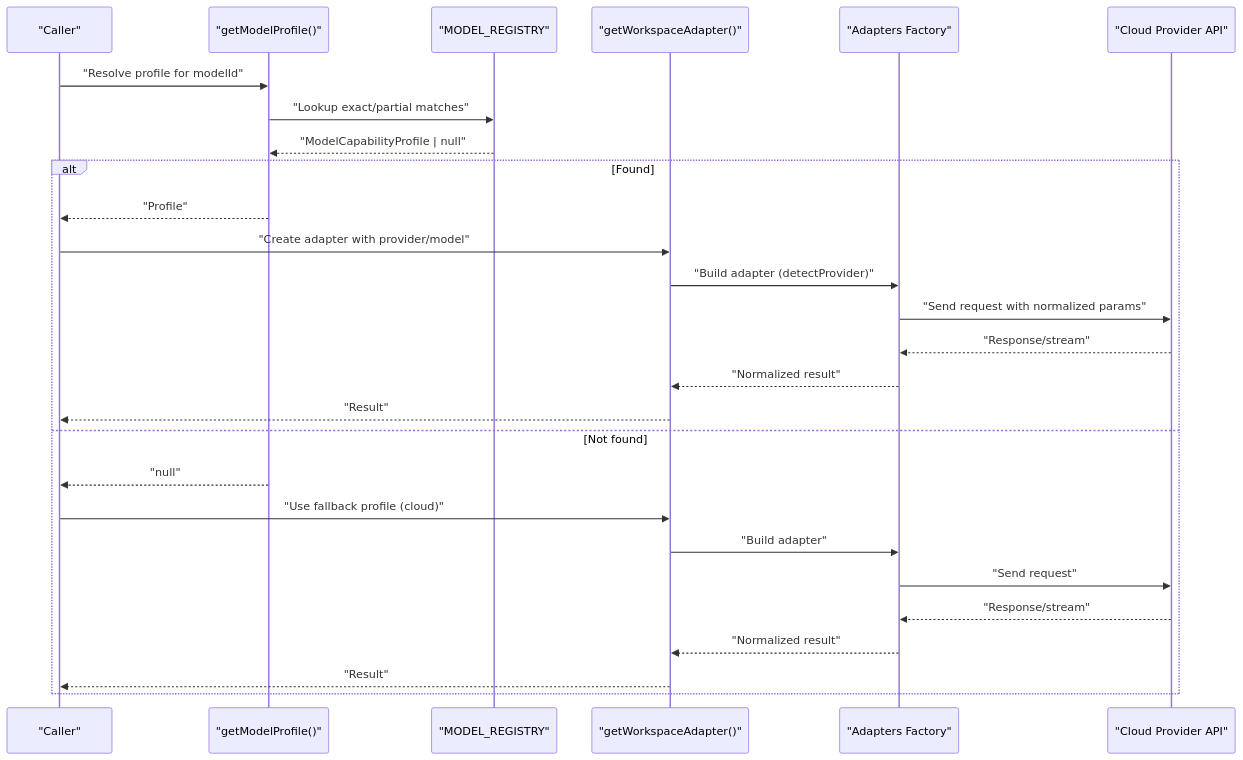
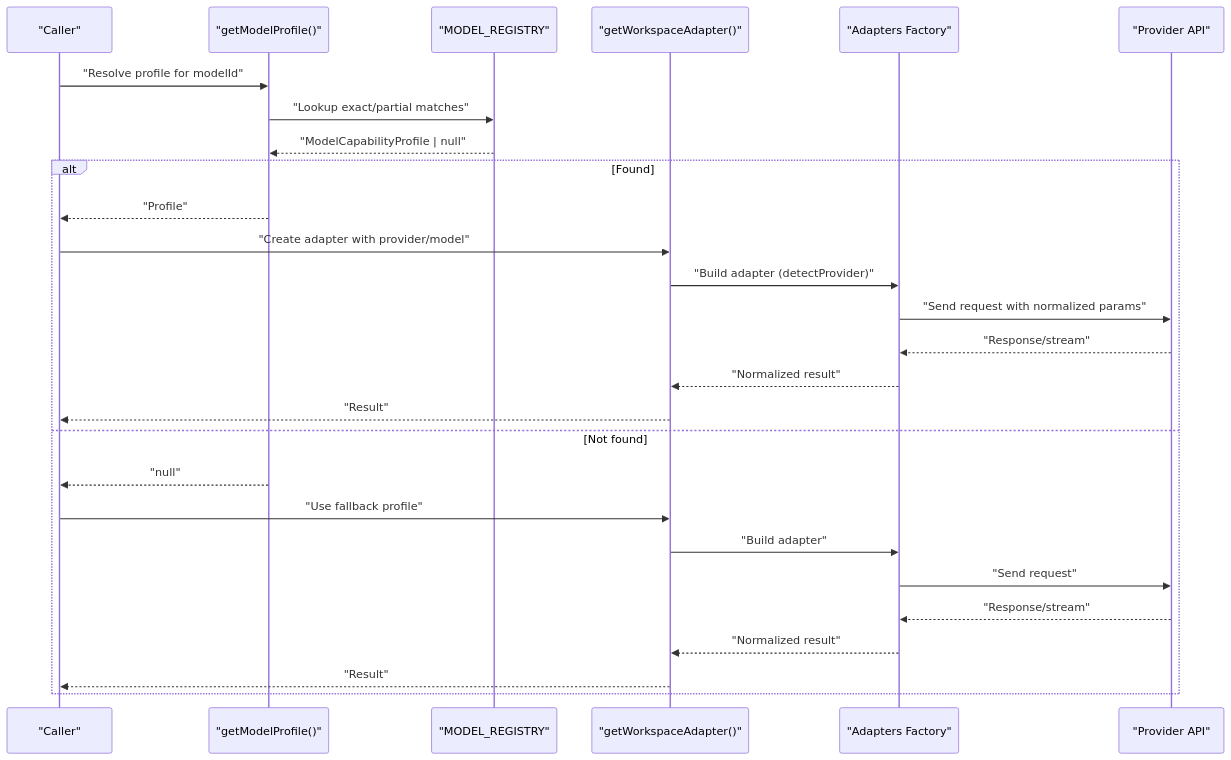
The second of 4 diagrams in .qoder/repowiki/en/content/AI Generation Engine/Model Configuration & Selection/Model Registry & Profiles.md (shekhargiri005-dotcom/AI-powered-accessibility-first-UI-engine), drawn with Mermaid before and after one commit. The commit also changed other lines of this file and 24 other files, not shown here.

````diff
--- a/.qoder/repowiki/en/content/AI Generation Engine/Model Configuration & Selection/Model Registry & Profiles.md
+++ b/.qoder/repowiki/en/content/AI Generation Engine/Model Configuration & Selection/Model Registry & Profiles.md
@@ -86,29 +108,29 @@
 ```mermaid
 sequenceDiagram
 participant Client as "Caller"
 participant Resolver as "getModelProfile()"
 participant Registry as "MODEL_REGISTRY"
 participant Adapter as "getWorkspaceAdapter()"
 participant Factory as "Adapters Factory"
-participant Provider as "Cloud Provider API"
+participant Provider as "Provider API"
 Client->>Resolver : "Resolve profile for modelId"
 Resolver->>Registry : "Lookup exact/partial matches"
 Registry-->>Resolver : "ModelCapabilityProfile | null"
 alt Found
 Resolver-->>Client : "Profile"
 Client->>Adapter : "Create adapter with provider/model"
 Adapter->>Factory : "Build adapter (detectProvider)"
 Factory->>Provider : "Send request with normalized params"
 Provider-->>Factory : "Response/stream"
 Factory-->>Adapter : "Normalized result"
 Adapter-->>Client : "Result"
 else Not found
 Resolver-->>Client : "null"
-Client->>Adapter : "Use fallback profile (cloud)"
+Client->>Adapter : "Use fallback profile"
 Adapter->>Factory : "Build adapter"
 Factory->>Provider : "Send request"
 Provider-->>Factory : "Response/stream"
 Factory-->>Adapter : "Normalized result"
 Adapter-->>Client : "Result"
 end
 ```
````
